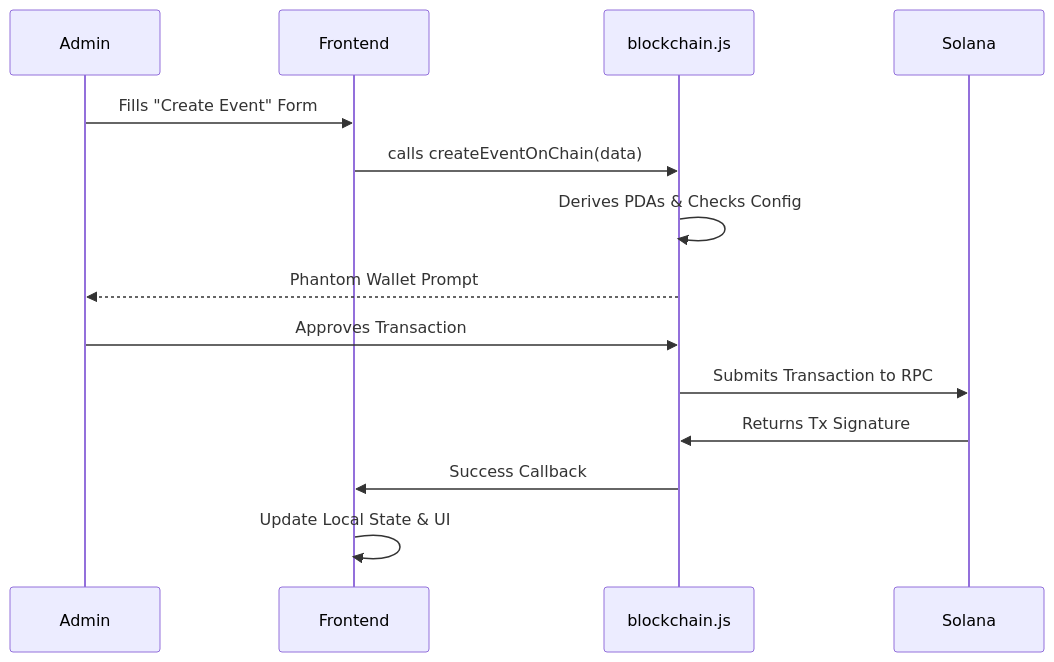
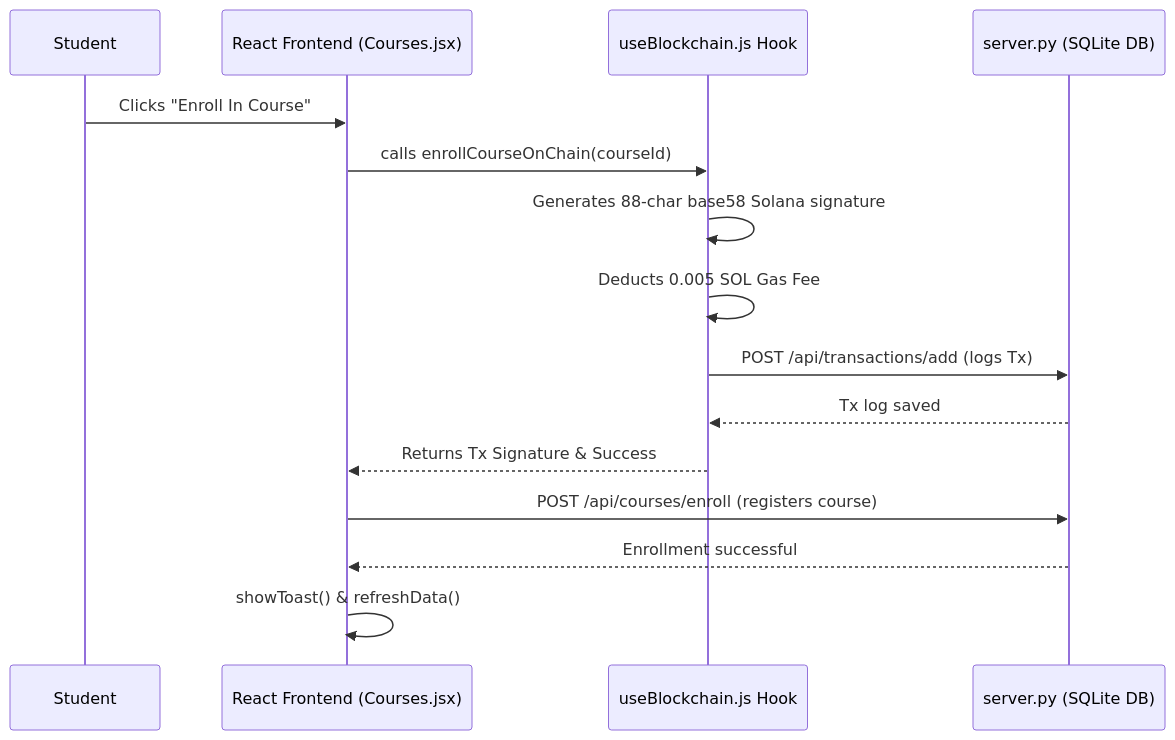
One commit to Dev-angPatil/DecentralisedIdCardSystem changed the second of 2 diagrams in OVERVIEW.md. Above: the diagram before and after it, drawn with Mermaid. The commit also changed other lines of this file and 13 other files, not shown here.

````diff
--- a/OVERVIEW.md
+++ b/OVERVIEW.md
@@ -45,17 +48,18 @@
 ```mermaid
 sequenceDiagram
-    participant A as Admin
-    participant F as Frontend
-    participant B as blockchain.js
-    participant S as Solana
+    participant S as Student
+    participant F as React Frontend (Courses.jsx)
+    participant B as useBlockchain.js Hook
+    participant DB as server.py (SQLite DB)
     
-    A->>F: Fills "Create Event" Form
-    F->>B: calls createEventOnChain(data)
-    B->>B: Derives PDAs & Checks Config
-    B-->>A: Phantom Wallet Prompt
-    A->>B: Approves Transaction
-    B->>S: Submits Transaction to RPC
-    S->>B: Returns Tx Signature
-    B->>F: Success Callback
-    F->>F: Update Local State & UI
+    S->>F: Clicks "Enroll In Course"
+    F->>B: calls enrollCourseOnChain(courseId)
+    B->>B: Generates 88-char base58 Solana signature
+    B->>B: Deducts 0.005 SOL Gas Fee
+    B->>DB: POST /api/transactions/add (logs Tx)
+    DB-->>B: Tx log saved
+    B-->>F: Returns Tx Signature & Success
+    F->>DB: POST /api/courses/enroll (registers course)
+    DB-->>F: Enrollment successful
+    F->>F: showToast() & refreshData()
 ```
````
